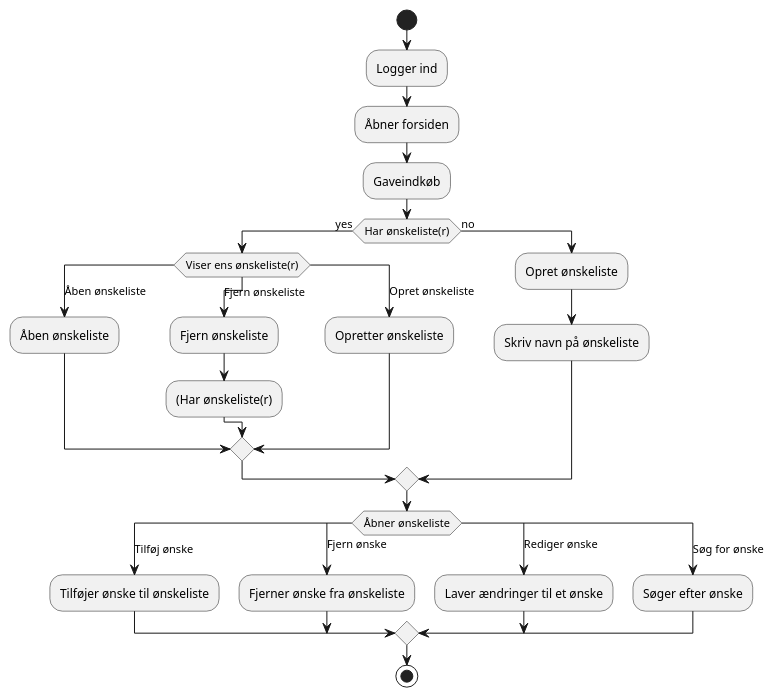
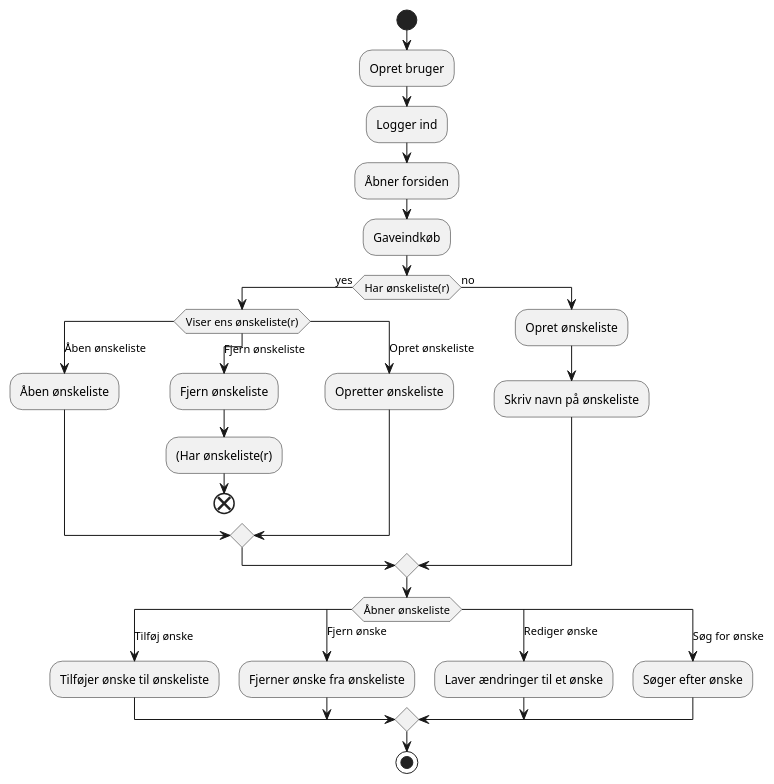
One commit to Emilkroldrup/1SemesterProject changed the diagram in src/main/resources/ActivityDiagram.puml. Above: the diagram before and after it, drawn with PlantUML. The commit also changed 8 other files, not shown here.

```diff
--- a/src/main/resources/ActivityDiagram.puml
+++ b/src/main/resources/ActivityDiagram.puml
@@ -1,35 +1,37 @@
 @startuml
 'https://plantuml.com/activity-diagram-beta
 
 start
+:Opret bruger;
 :Logger ind;
 :Åbner forsiden;
 :Gaveindkøb;
 if (Har ønskeliste(r)) then (yes)
     switch (Viser ens ønskeliste(r))
         case(Åben ønskeliste)
             :Åben ønskeliste;
         case(Fjern ønskeliste)
             :Fjern ønskeliste;
             :(Har ønskeliste(r);
+            end
         case(Opret ønskeliste)
             :Opretter ønskeliste;
     endswitch
 
 else (no)
     :Opret ønskeliste;
     :Skriv navn på ønskeliste;
     endif
 switch (Åbner ønskeliste)
     case(Tilføj ønske)
         :Tilføjer ønske til ønskeliste;
     case(Fjern ønske)
         :Fjerner ønske fra ønskeliste;
     case(Rediger ønske)
         :Laver ændringer til et ønske;
     case(Søg for ønske)
         :Søger efter ønske;
 endswitch
 stop
 
 @enduml
```
